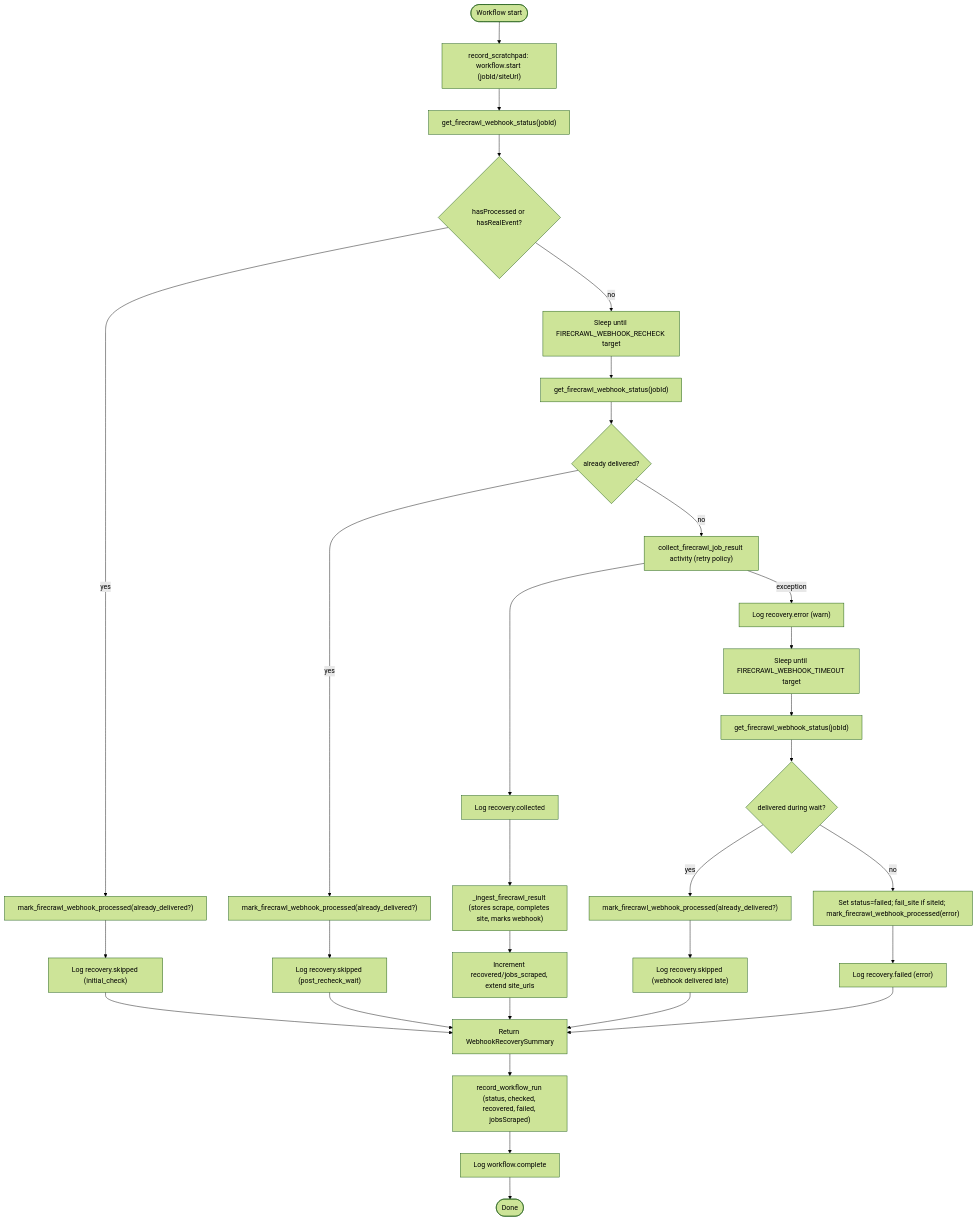
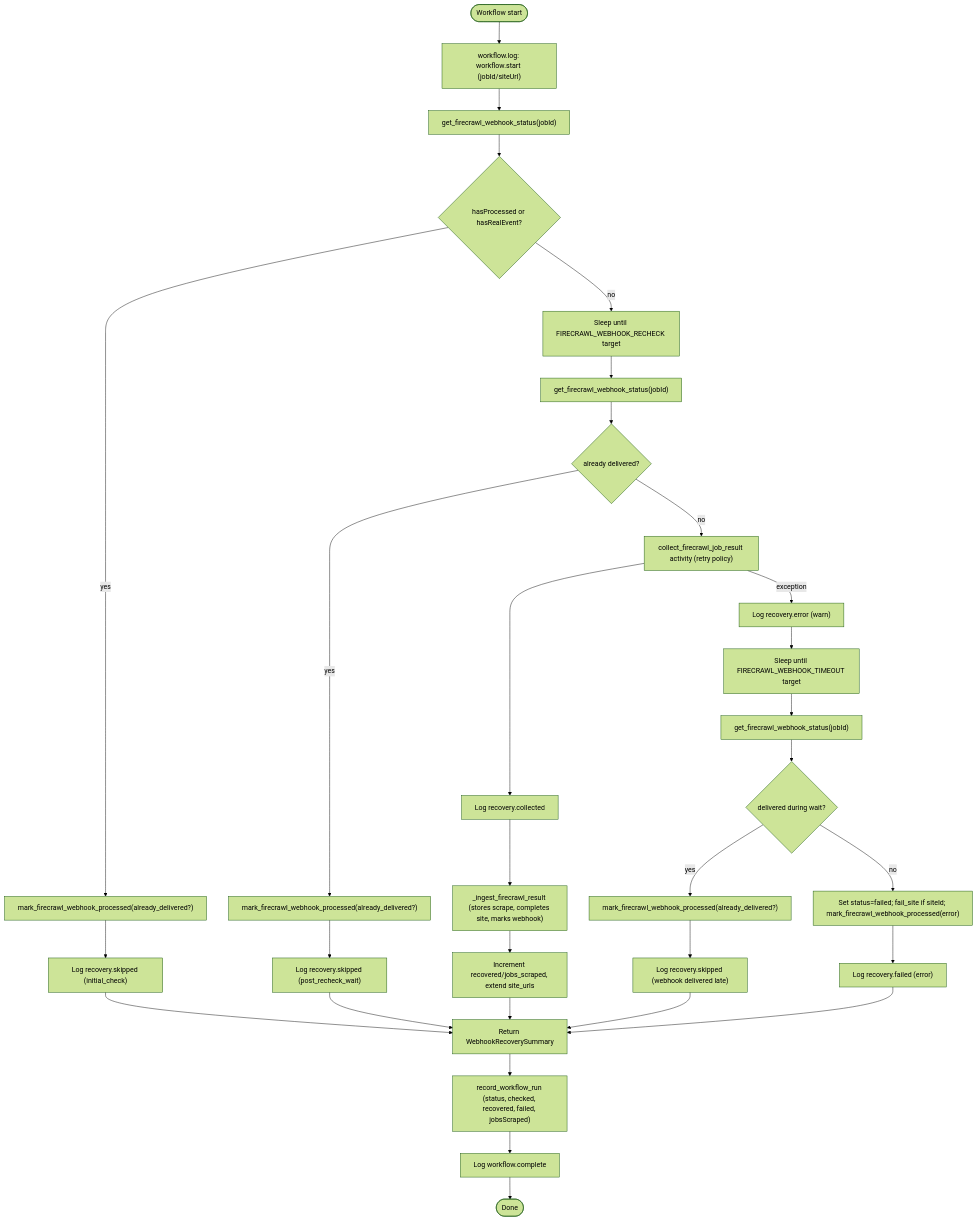
One commit to matchaboar/srajob2 changed the diagram in diagrams/RecoverMissingFirecrawlWebhook.md. Above: the diagram before and after it, drawn with Mermaid (forest theme). The commit also changed 65 other files, not shown here.

````diff
--- a/diagrams/RecoverMissingFirecrawlWebhook.md
+++ b/diagrams/RecoverMissingFirecrawlWebhook.md
@@ -3,24 +3,24 @@
 ```mermaid
 flowchart TD
-    start([Workflow start]) --> logStart["record_scratchpad: workflow.start (jobId/siteUrl)"]
+    start([Workflow start]) --> logStart["workflow.log: workflow.start (jobId/siteUrl)"]
     logStart --> stateCheck["get_firecrawl_webhook_status(jobId)"]
     stateCheck --> delivered{hasProcessed or hasRealEvent?}
     delivered -->|yes| markDelivered["mark_firecrawl_webhook_processed(already_delivered?)"] --> logSkipInitial["Log recovery.skipped (initial_check)"] --> summarize[Return WebhookRecoverySummary]
     delivered -->|no| waitRecheck[Sleep until FIRECRAWL_WEBHOOK_RECHECK target]
     waitRecheck --> stateCheck2["get_firecrawl_webhook_status(jobId)"]
     stateCheck2 --> delivered2{already delivered?}
     delivered2 -->|yes| markDelivered2["mark_firecrawl_webhook_processed(already_delivered?)"] --> logSkipRecheck["Log recovery.skipped (post_recheck_wait)"] --> summarize
     delivered2 -->|no| collect["collect_firecrawl_job_result activity (retry policy)"]
     collect --> logCollected[Log recovery.collected]
     logCollected --> ingest["_ingest_firecrawl_result (stores scrape, completes site, marks webhook)"]
     ingest --> recovered[Increment recovered/jobs_scraped, extend site_urls] --> summarize
     collect -->|exception| logAttemptError["Log recovery.error (warn)"]
     logAttemptError --> waitTimeout[Sleep until FIRECRAWL_WEBHOOK_TIMEOUT target]
     waitTimeout --> stateCheckFinal["get_firecrawl_webhook_status(jobId)"]
     stateCheckFinal --> deliveredFinal{delivered during wait?}
     deliveredFinal -->|yes| markDeliveredFinal["mark_firecrawl_webhook_processed(already_delivered?)"] --> logSkipLate["Log recovery.skipped (webhook delivered late)"] --> summarize
     deliveredFinal -->|no| fail["Set status=failed; fail_site if siteId; mark_firecrawl_webhook_processed(error)"] --> logFailed["Log recovery.failed (error)"] --> summarize
     summarize --> record["record_workflow_run (status, checked, recovered, failed, jobsScraped)"]
     record --> logDone[Log workflow.complete]
     logDone --> done([Done])
 ```
````
